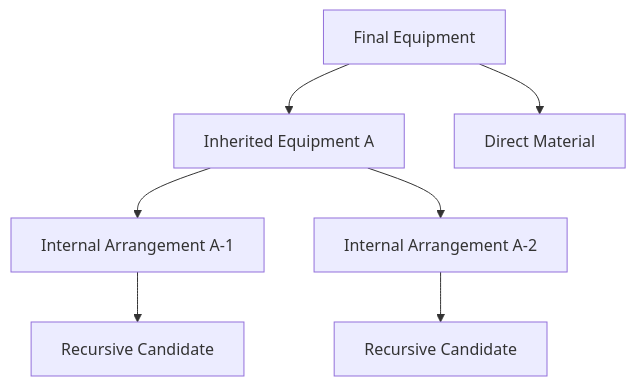
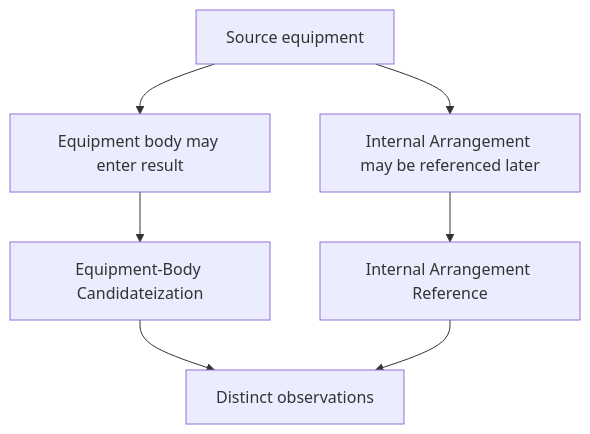
One commit to j13343sh/Rune-Factory-Inheritance-Research changed the diagram in mermaid/rune-factory-recursive-processing-expansion-tree-en.mmd. Above: the diagram before and after it, drawn with Mermaid. The commit also changed 17 other files, not shown here.

```diff
--- a/mermaid/rune-factory-recursive-processing-expansion-tree-en.mmd
+++ b/mermaid/rune-factory-recursive-processing-expansion-tree-en.mmd
@@ -1,8 +1,7 @@
 flowchart TD
-    A[Final Equipment]
-    A --> B[Inherited Equipment A]
-    B --> C[Internal Arrangement A-1]
-    B --> D[Internal Arrangement A-2]
-    C --> E[Recursive Candidate]
-    D --> F[Recursive Candidate]
-    A --> G[Direct Material]
+    A[Source equipment] --> B[Equipment body may enter result]
+    A --> C[Internal Arrangement may be referenced later]
+    B --> D[Equipment-Body Candidateization]
+    C --> E[Internal Arrangement Reference]
+    D --> F[Distinct observations]
+    E --> F
```
